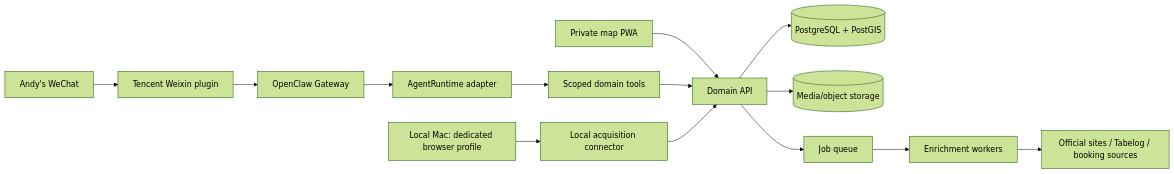
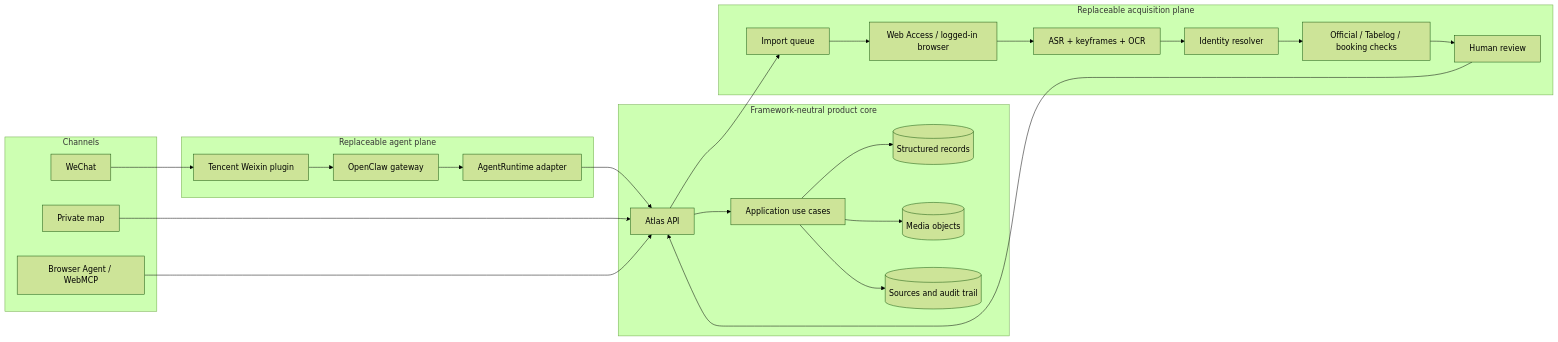
The first of 2 diagrams in docs/architecture.md (AndyZhou952/place-atlas), drawn with Mermaid (forest theme) before and after one commit. The commit also changed other lines of this file and 33 other files, not shown here.

````diff
--- a/docs/architecture.md
+++ b/docs/architecture.md
@@ -42,17 +24,39 @@
 ```mermaid
 flowchart LR
-    W[Andy's WeChat] --> WP[Tencent Weixin plugin]
-    WP --> OC[OpenClaw Gateway]
-    OC --> AR[AgentRuntime adapter]
-    AR --> T[Scoped domain tools]
-    PWA[Private map PWA] --> API[Domain API]
-    T --> API
-    API --> PG[(PostgreSQL + PostGIS)]
-    API --> OBJ[(Media/object storage)]
-    API --> Q[Job queue]
-    Q --> WK[Enrichment workers]
+    subgraph Channels
+      WX[WeChat]
+      WEB[Private map]
+      WM[Browser Agent / WebMCP]
+    end
 
-    MAC[Local Mac: dedicated browser profile] --> LC[Local acquisition connector]
-    LC --> API
-    WK --> RS[Official sites / Tabelog / booking sources]
+    subgraph AgentPlane[Replaceable agent plane]
+      WXP[Tencent Weixin plugin]
+      GW[OpenClaw gateway]
+      AR[AgentRuntime adapter]
+    end
+
+    subgraph ProductCore[Framework-neutral product core]
+      API[Atlas API]
+      UC[Application use cases]
+      DB[(Structured records)]
+      OBJ[(Media objects)]
+      AUDIT[(Sources and audit trail)]
+    end
+
+    subgraph Acquisition[Replaceable acquisition plane]
+      JOB[Import queue]
+      WA[Web Access / logged-in browser]
+      MEDIA[ASR + keyframes + OCR]
+      ID[Identity resolver]
+      VERIFY[Official / Tabelog / booking checks]
+      REVIEW[Human review]
+    end
+
+    WX --> WXP --> GW --> AR --> API
+    WEB --> API
+    WM --> API
+    API --> UC --> DB
+    UC --> OBJ
+    UC --> AUDIT
+    API --> JOB --> WA --> MEDIA --> ID --> VERIFY --> REVIEW --> API
 ```
````
